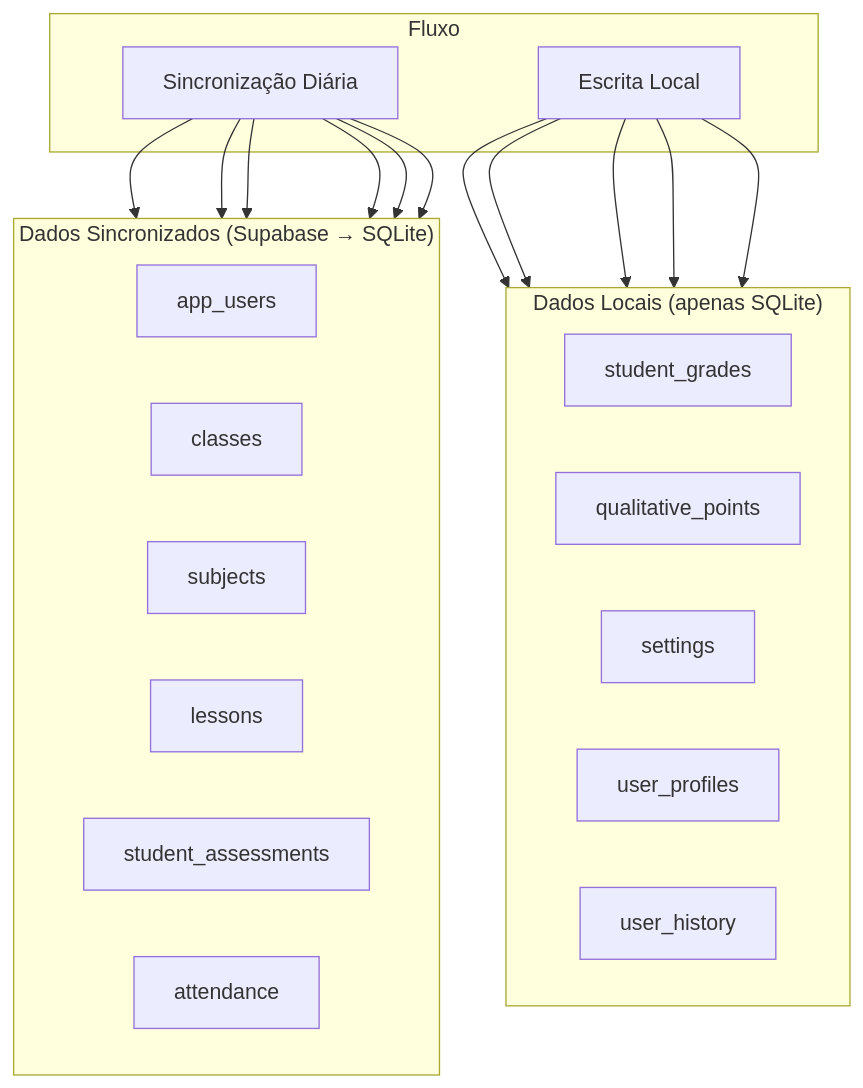
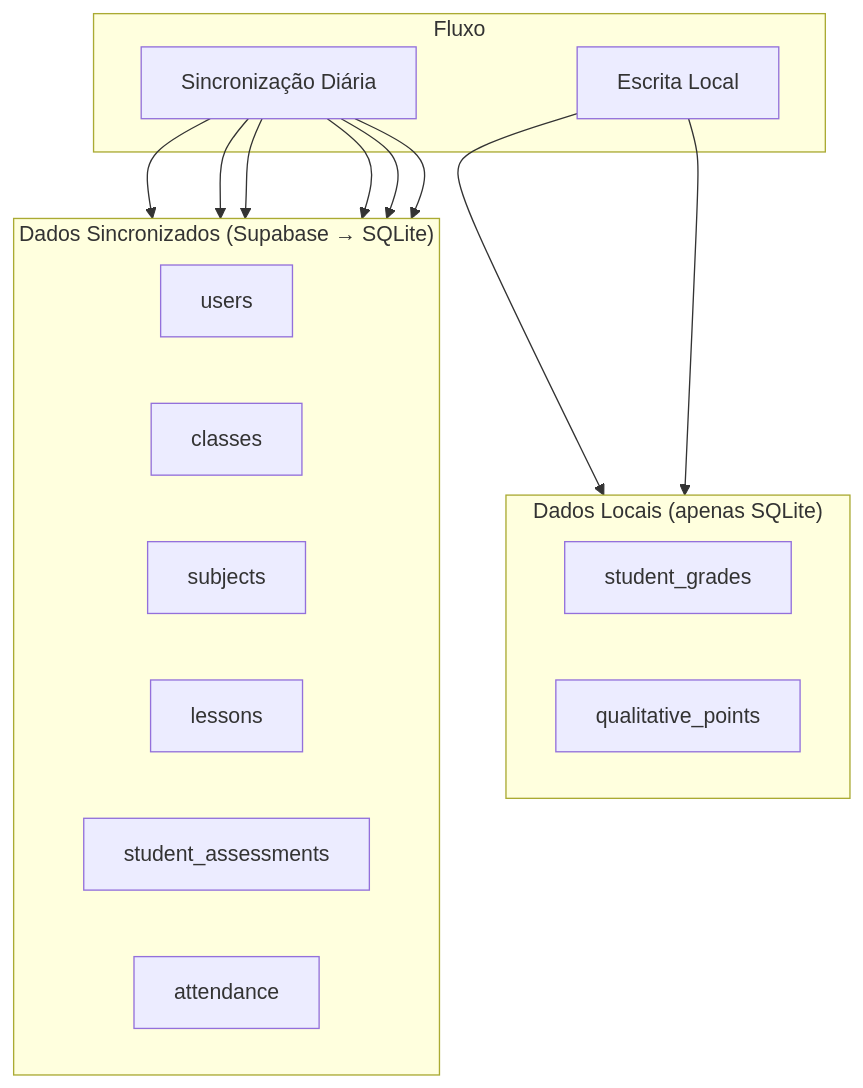
The sixth of 7 diagrams in docs/PERSISTENCIA.md (hiseg10/sysava-nicegui), drawn with Mermaid before and after one commit. The commit also changed other lines of this file and 17 other files, not shown here.

Commit message:
Nova arquitetura: 17 tabelas normalizadas, schema limpo

````diff
--- a/docs/PERSISTENCIA.md
+++ b/docs/PERSISTENCIA.md
@@ -361,36 +266,30 @@
 ```mermaid
 graph TB
     subgraph "Dados Sincronizados (Supabase → SQLite)"
         direction LR
-        SB1[app_users]
+        SB1[users]
         SB2[classes]
         SB3[subjects]
         SB4[lessons]
         SB5[student_assessments]
         SB6[attendance]
     end
-    
+
     subgraph "Dados Locais (apenas SQLite)"
         direction LR
         L1[student_grades]
         L2[qualitative_points]
-        L3[settings]
-        L4[user_profiles]
-        L5[user_history]
     end
-    
+
     subgraph "Fluxo"
         SYNC[Sincronização Diária] --> SB1
         SYNC --> SB2
         SYNC --> SB3
         SYNC --> SB4
         SYNC --> SB5
         SYNC --> SB6
-        
+
         LOCAL[Escrita Local] --> L1
         LOCAL --> L2
-        LOCAL --> L3
-        LOCAL --> L4
-        LOCAL --> L5
     end
 ```
````
